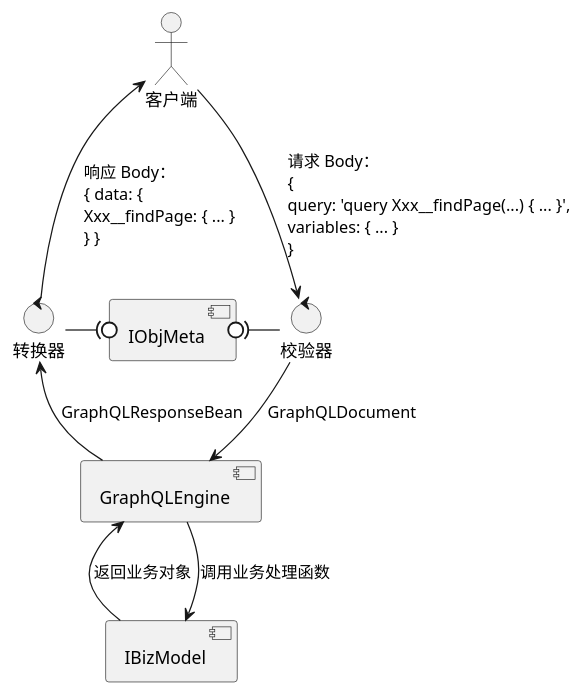
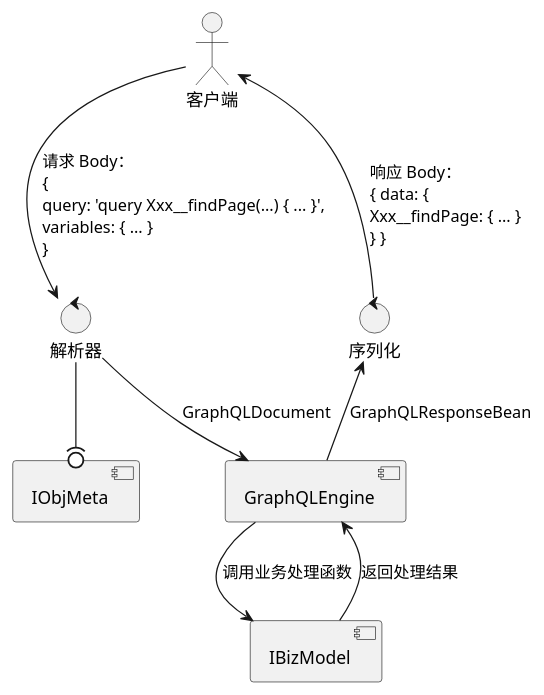
Before and after one commit to crazydan-studio/nop.crazydan.io: the first of 7 diagrams in docs/400.implement/400.component/100.graphql.md, drawn with PlantUML. The commit also changed other lines of this file, not shown here.

Commit message:
Docs: 更新章节<NopGraphQL 引擎>

````diff
--- a/docs/400.implement/400.component/100.graphql.md
+++ b/docs/400.implement/400.component/100.graphql.md
@@ -40,20 +40,19 @@
 ```plantuml
 actor "客户端" as client
-control "校验器" as validator
+control "解析器" as resolver
 component "GraphQLEngine" as engine
 component "IBizModel" as biz
-control "转换器" as transformer
+control "序列化" as serializer
 component "IObjMeta" as meta
 
-client -down-> validator: 请求 Body：\l{\lquery: 'query Xxx__findPage(...) { ... }',\lvariables: { ... }\l}
-validator -down-> engine: GraphQLDocument
+client -down-> resolver: 请求 Body：\l{\lquery: 'query Xxx__findPage(...) { ... }',\lvariables: { ... }\l}
+resolver -down-> engine: GraphQLDocument
 
-engine -up-> transformer: GraphQLResponseBean
-transformer -up-> client: 响应 Body：\l{ data: {\lXxx__findPage: { ... }\l} }
+engine -up-> serializer: GraphQLResponseBean
+serializer -up-> client: 响应 Body：\l{ data: {\lXxx__findPage: { ... }\l} }
 
-biz -up-> engine: 返回业务对象
 engine -down-> biz: 调用业务处理函数
+biz -up-> engine: 返回处理结果
 
-meta 0)-right- validator
-meta 0)-left- transformer
+meta 0)-up- resolver
 ```
````
